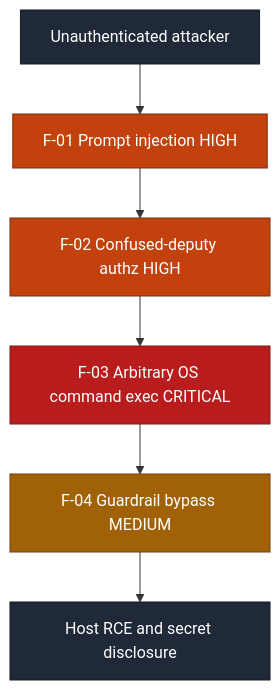
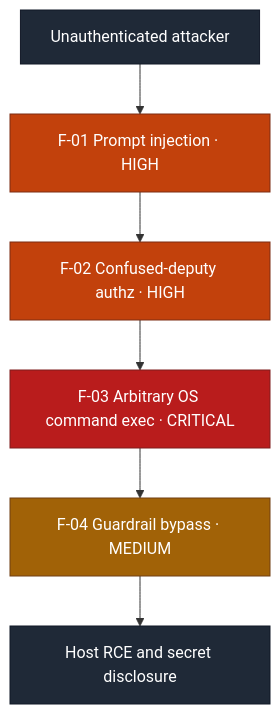
One commit to ouroboros-white/cybersecurity-portfolio changed the first of 2 diagrams in reports/llm-agent-prompt-injection-2026-08.md. Above: the diagram before and after it, drawn with Mermaid. The commit also changed other lines of this file and 7 other files, not shown here.

````diff
--- a/reports/llm-agent-prompt-injection-2026-08.md
+++ b/reports/llm-agent-prompt-injection-2026-08.md
@@ -67,16 +67,16 @@
 ```mermaid
 flowchart TD
-    S["Unauthenticated attacker"] --> F1["F-01 Prompt injection HIGH"]
-    F1 --> F2["F-02 Confused-deputy authz HIGH"]
-    F2 --> F3["F-03 Arbitrary OS command exec CRITICAL"]
-    F3 --> F4["F-04 Guardrail bypass MEDIUM"]
+    S["Unauthenticated attacker"] --> F1["F-01 Prompt injection · HIGH"]
+    F1 --> F2["F-02 Confused-deputy authz · HIGH"]
+    F2 --> F3["F-03 Arbitrary OS command exec · CRITICAL"]
+    F3 --> F4["F-04 Guardrail bypass · MEDIUM"]
     F4 --> R["Host RCE and secret disclosure"]
     classDef crit fill:#b91c1c,stroke:#7f1d1d,color:#ffffff;
     classDef high fill:#c2410c,stroke:#7c2d12,color:#ffffff;
     classDef med fill:#a16207,stroke:#713f12,color:#ffffff;
     classDef term fill:#1f2937,stroke:#111827,color:#ffffff;
     class F3 crit;
     class F1,F2 high;
     class F4 med;
     class S,R term;
 ```
````
